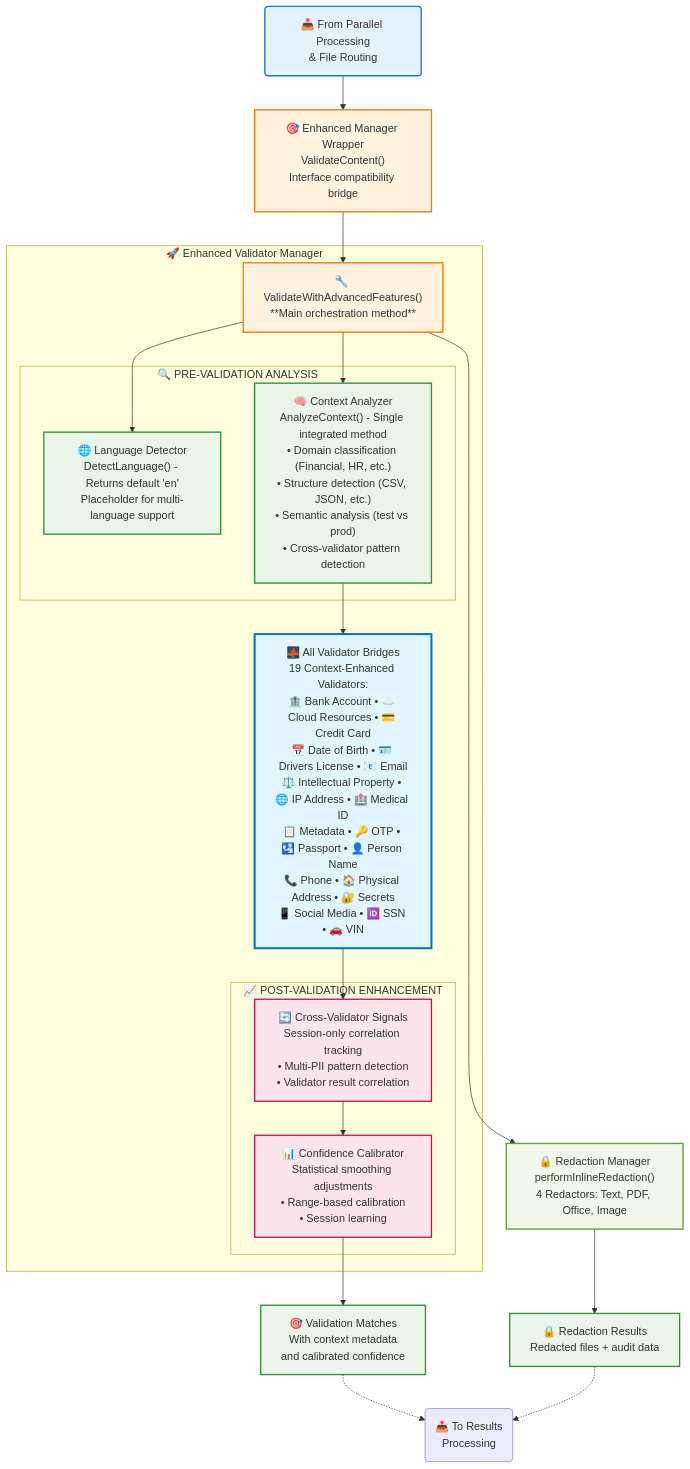
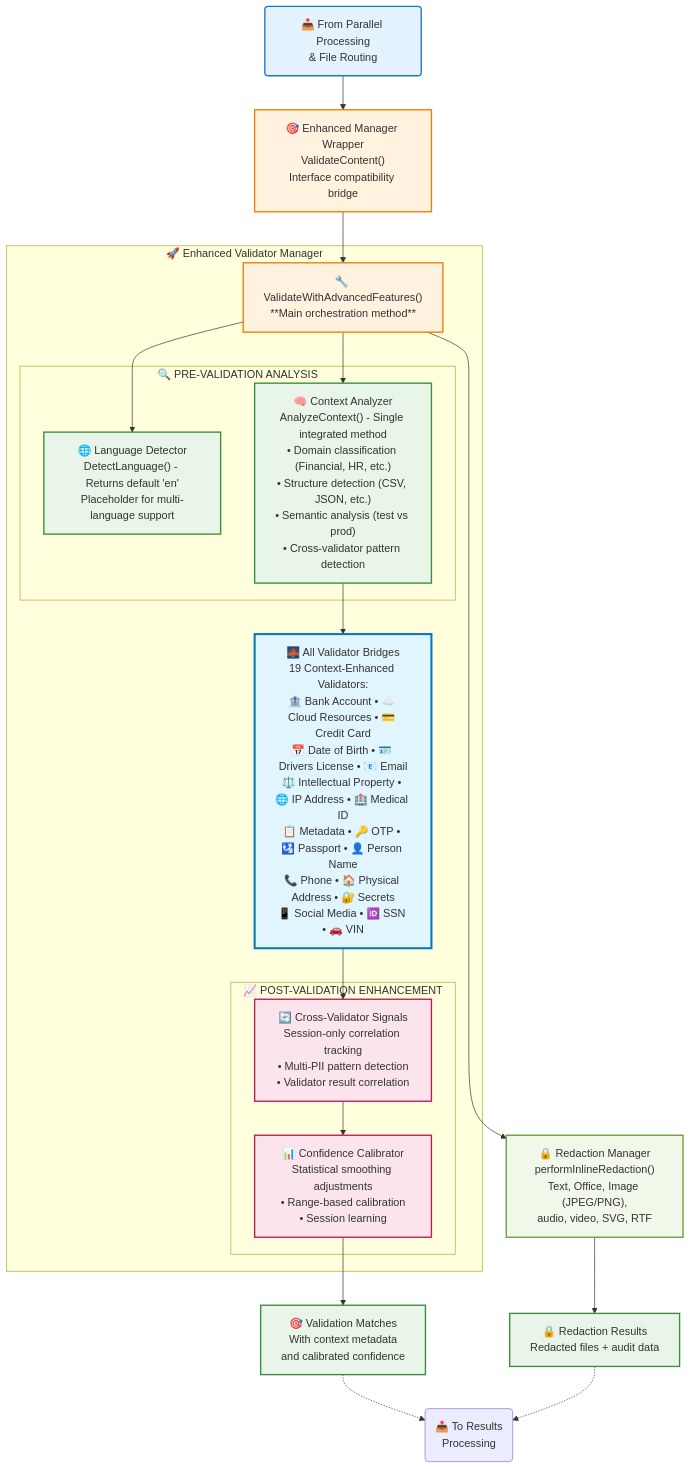
One commit to awslabs/ferret-scan changed the fourth of 8 diagrams in docs/architecture-diagram.md. Above: the diagram before and after it, drawn with Mermaid. The commit also changed other lines of this file and 15 other files, not shown here.

````diff
--- a/docs/architecture-diagram.md
+++ b/docs/architecture-diagram.md
@@ -231,73 +231,73 @@
 ```mermaid
 flowchart TD
     %% Input from previous stage
     ContentInput("📥 From Parallel Processing<br/>& File Routing")
 
     %% Validation Pipeline
     EnhancedWrapper["🎯 Enhanced Manager Wrapper<br/>ValidateContent()<br/>Interface compatibility bridge"]
 
     subgraph EnhancedManager["🚀 Enhanced Validator Manager"]
         ValidateMethod["🔧 ValidateWithAdvancedFeatures()<br/>**Main orchestration method**"]
 
         %% PRE-VALIDATION: Context Analysis
         subgraph PreValidation["🔍 PRE-VALIDATION ANALYSIS"]
             LanguageDetector["🌐 Language Detector<br/>DetectLanguage() - Returns default 'en'<br/>Placeholder for multi-language support"]
             ContextAnalyzer["🧠 Context Analyzer<br/>AnalyzeContext() - Single integrated method<br/>• Domain classification (Financial, HR, etc.)<br/>• Structure detection (CSV, JSON, etc.)<br/>• Semantic analysis (test vs prod)<br/>• Cross-validator pattern detection"]
         end
 
         %% VALIDATION: Enhanced Validators
         ValidatorBridges["🌉 All Validator Bridges<br/>19 Context-Enhanced Validators:<br/>🏦 Bank Account • ☁️ Cloud Resources • 💳 Credit Card<br/>📅 Date of Birth • 🪪 Drivers License • 📧 Email<br/>⚖️ Intellectual Property • 🌐 IP Address • 🏥 Medical ID<br/>📋 Metadata • 🔑 OTP • 🛂 Passport • 👤 Person Name<br/>📞 Phone • 🏠 Physical Address • 🔐 Secrets<br/>📱 Social Media • 🆔 SSN • 🚗 VIN"]
 
         %% POST-VALIDATION: Result Enhancement
         subgraph PostValidation["📈 POST-VALIDATION ENHANCEMENT"]
             CrossValidatorProcessor["🔄 Cross-Validator Signals<br/>Session-only correlation tracking<br/>• Multi-PII pattern detection<br/>• Validator result correlation"]
             ConfidenceCalibrator["📊 Confidence Calibrator<br/>Statistical smoothing adjustments<br/>• Range-based calibration<br/>• Session learning"]
         end
     end
 
     %% Inline Redaction (happens during worker processing)
-    RedactionManager["🔒 Redaction Manager<br/>performInlineRedaction()<br/>4 Redactors: Text, PDF, Office, Image"]
+    RedactionManager["🔒 Redaction Manager<br/>performInlineRedaction()<br/>Text, Office, Image (JPEG/PNG),<br/>audio, video, SVG, RTF"]
 
     %% Output
     ValidationMatches["🎯 Validation Matches<br/>With context metadata<br/>and calibrated confidence"]
     RedactionResults["🔒 Redaction Results<br/>Redacted files + audit data"]
 
     %% Flow - Sequential Processing
     ContentInput --> EnhancedWrapper
     EnhancedWrapper --> ValidateMethod
 
     %% SEQUENTIAL FLOW: Pre → Validation → Post
     ValidateMethod --> LanguageDetector
     ValidateMethod --> ContextAnalyzer
     ContextAnalyzer --> ValidatorBridges
     ValidatorBridges --> CrossValidatorProcessor
     CrossValidatorProcessor --> ConfidenceCalibrator
 
     %% Inline redaction using same extracted content
     ValidateMethod --> RedactionManager
 
     %% Outputs
     ConfidenceCalibrator --> ValidationMatches
     RedactionManager --> RedactionResults
 
     %% Output to next stage
     ValidationMatches -.-> ResultsProcessing("📤 To Results<br/>Processing")
     RedactionResults -.-> ResultsProcessing
 
     %% Styling
     classDef input fill:#e3f2fd,stroke:#1976d2,stroke-width:2px
     classDef validation fill:#fff3e0,stroke:#f57c00,stroke-width:2px
     classDef prevalidation fill:#e8f5e8,stroke:#388e3c,stroke-width:2px
     classDef postvalidation fill:#fce4ec,stroke:#c2185b,stroke-width:2px
     classDef aggregated fill:#e1f5fe,stroke:#0277bd,stroke-width:3px
     classDef redaction fill:#f1f8e9,stroke:#689f38,stroke-width:2px
     classDef output fill:#e8f5e8,stroke:#388e3c,stroke-width:2px
 
     class ContentInput input
     class EnhancedWrapper,ValidateMethod validation
     class LanguageDetector,ContextAnalyzer prevalidation
     class CrossValidatorProcessor,ConfidenceCalibrator postvalidation
     class ValidatorBridges aggregated
     class RedactionManager redaction
     class ValidationMatches,RedactionResults output
 ```
````
